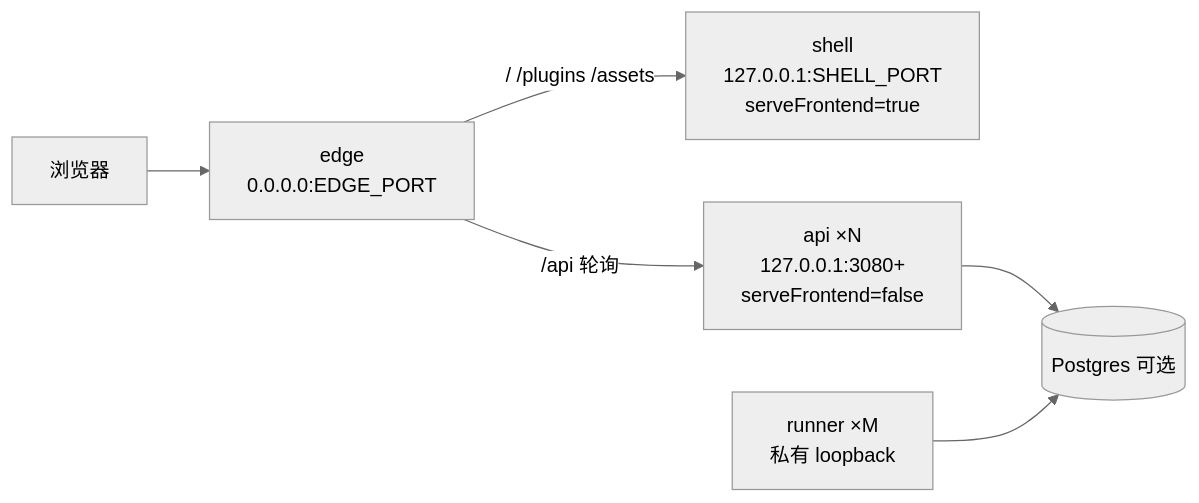
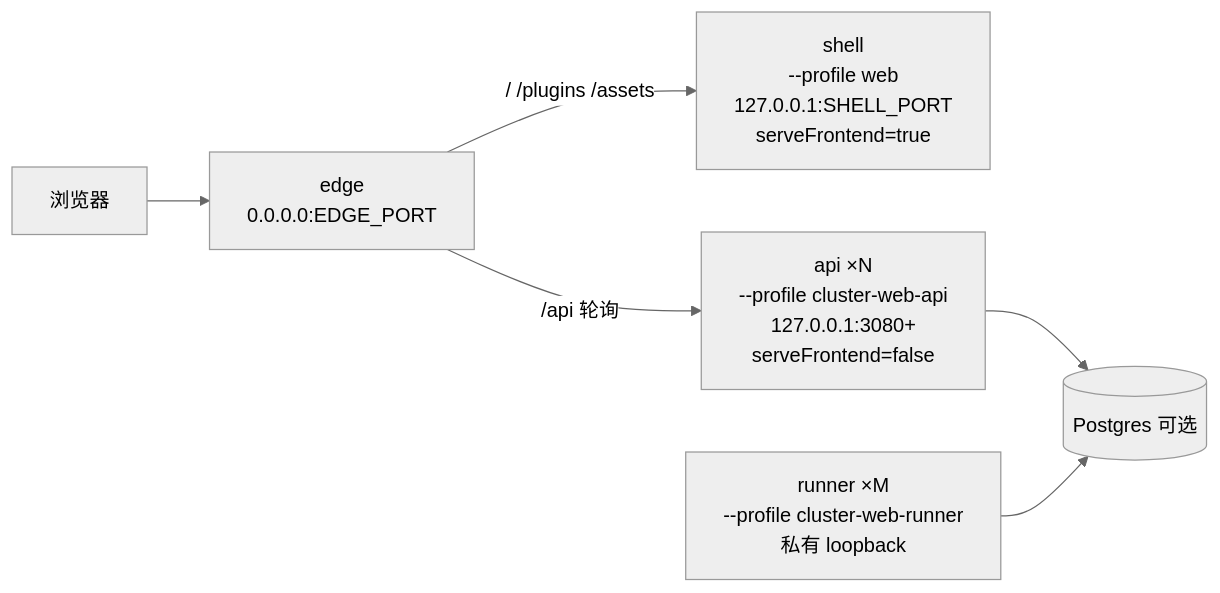
Before and after one commit to dorname/deepseek-harness: the seventh of 8 diagrams in logos/resources/prd/3-technical-plan/3-deployment/core-01-deployment-plan.md, drawn with Mermaid (neutral theme). The commit also changed other lines of this file and 104 other files, not shown here.

Commit message:
docs(20261030-1651-cluster-web-independent-launch): merge spec deltas

````diff
--- a/logos/resources/prd/3-technical-plan/3-deployment/core-01-deployment-plan.md
+++ b/logos/resources/prd/3-technical-plan/3-deployment/core-01-deployment-plan.md
@@ -113,8 +114,8 @@
 ```mermaid
 flowchart LR
   browser["浏览器"] --> edge["edge<br/>0.0.0.0:EDGE_PORT"]
-  edge -->|"/ /plugins /assets"| shell["shell<br/>127.0.0.1:SHELL_PORT<br/>serveFrontend=true"]
-  edge -->|"/api 轮询"| apis["api ×N<br/>127.0.0.1:3080+<br/>serveFrontend=false"]
+  edge -->|"/ /plugins /assets"| shell["shell<br/>--profile web<br/>127.0.0.1:SHELL_PORT<br/>serveFrontend=true"]
+  edge -->|"/api 轮询"| apis["api ×N<br/>--profile cluster-web-api<br/>127.0.0.1:3080+<br/>serveFrontend=false"]
   apis --> pg[("Postgres 可选")]
-  runners["runner ×M<br/>私有 loopback"] --> pg
+  runners["runner ×M<br/>--profile cluster-web-runner<br/>私有 loopback"] --> pg
 ```
````
